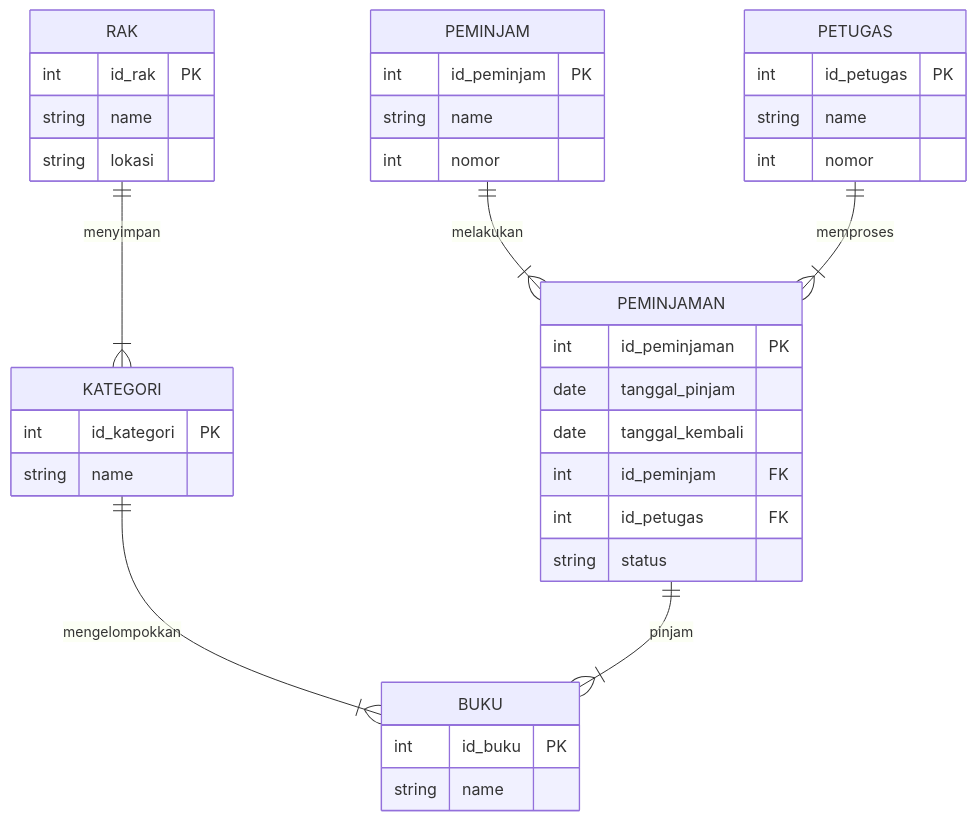
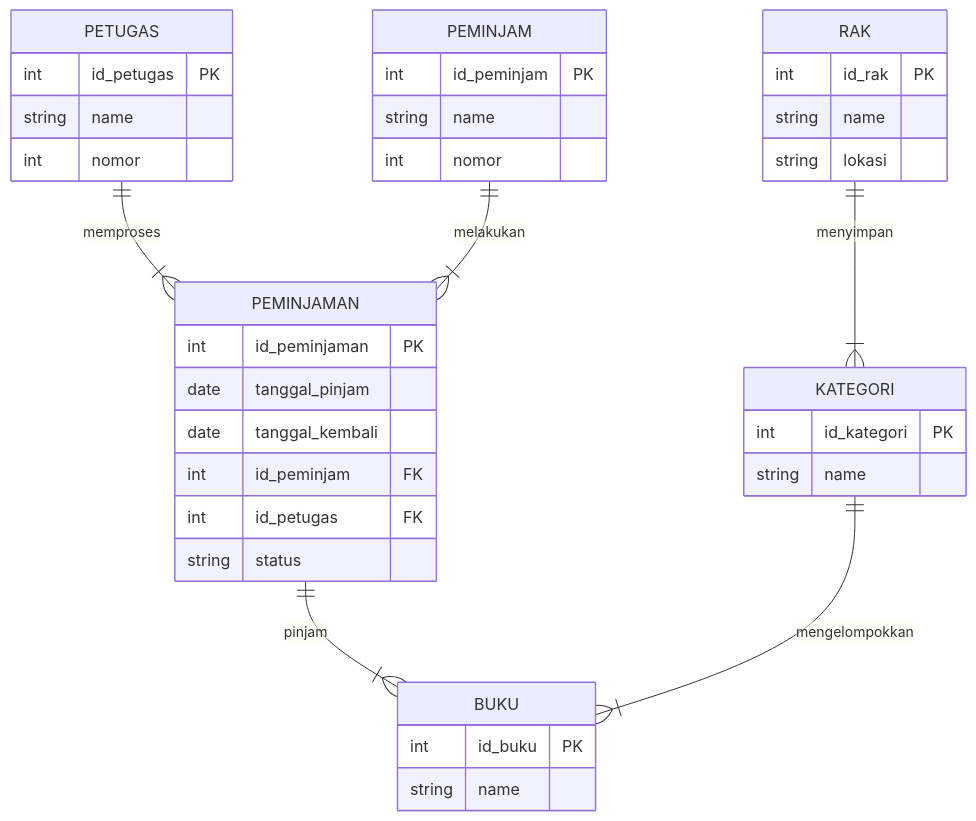
The diagram in erd-perpustakaan.md (dev-Flone/koda-b1-db1), drawn with Mermaid before and after one commit. The commit also changed other lines of this file and 1 other file, not shown here.

````diff
--- a/erd-perpustakaan.md
+++ b/erd-perpustakaan.md
@@ -2,46 +2,46 @@
 ``` mermaid
 erDiagram
     direction TB
 
-    PEMINJAM ||--|{ PEMINJAMAN: melakukan
+    PEMINJAMAN ||--|{ BUKU: pinjam
     PETUGAS ||--|{ PEMINJAMAN: memproses
     KATEGORI ||--|{ BUKU: mengelompokkan
     RAK ||--|{ KATEGORI: menyimpan
-    PEMINJAMAN ||--|{ BUKU: pinjam
+    PEMINJAM ||--|{ PEMINJAMAN: melakukan
     
     BUKU {
         int id_buku PK
         string name
     }
     RAK {
         int id_rak PK
         string name
         string lokasi
     }
 
     KATEGORI {
         int id_kategori PK
         string name
 
     }
     PEMINJAM {
         int id_peminjam PK
         string name
         int nomor
     }
     PEMINJAMAN {
         int id_peminjaman PK
         date tanggal_pinjam
         date tanggal_kembali
         int id_peminjam FK
         int id_petugas FK
         string status
     }
     PETUGAS {
         int id_petugas PK
         string name
         int nomor
     }
 
 
 ```
````
